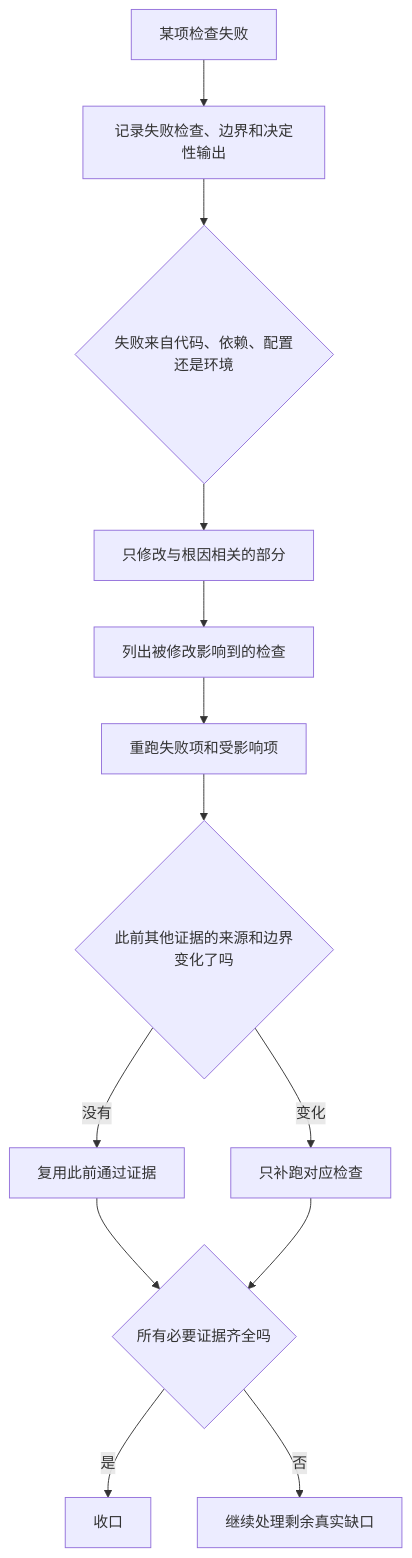
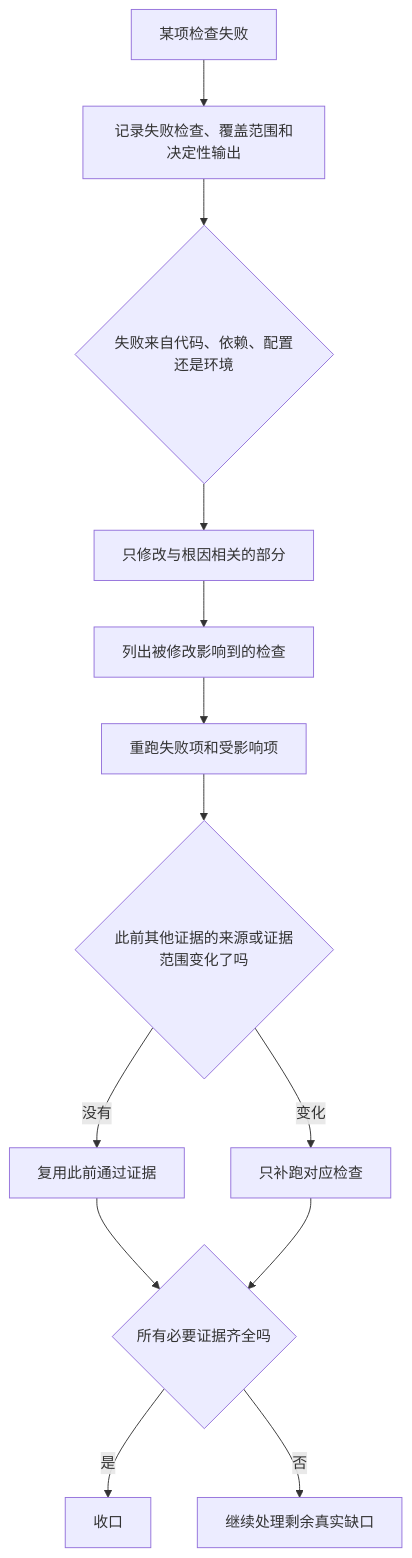
The ninth of 13 diagrams in skills/lean-stack/references/flowcharts-zh.md (Lang45/codex-lean-stack), drawn with Mermaid before and after one commit. The commit also changed other lines of this file and 24 other files, not shown here.

````diff
--- a/skills/lean-stack/references/flowcharts-zh.md
+++ b/skills/lean-stack/references/flowcharts-zh.md
@@ -546,15 +549,15 @@
 ```mermaid
 flowchart TD
-    A[某项检查失败] --> B[记录失败检查、边界和决定性输出]
+    A[某项检查失败] --> B[记录失败检查、覆盖范围和决定性输出]
     B --> C{失败来自代码、依赖、配置还是环境}
     C --> D[只修改与根因相关的部分]
     D --> E[列出被修改影响到的检查]
     E --> F[重跑失败项和受影响项]
-    F --> G{此前其他证据的来源和边界变化了吗}
+    F --> G{此前其他证据的来源或证据范围变化了吗}
     G -->|没有| H[复用此前通过证据]
     G -->|变化| I[只补跑对应检查]
     H --> J{所有必要证据齐全吗}
     I --> J
     J -->|是| K[收口]
     J -->|否| L[继续处理剩余真实缺口]
 ```
````
